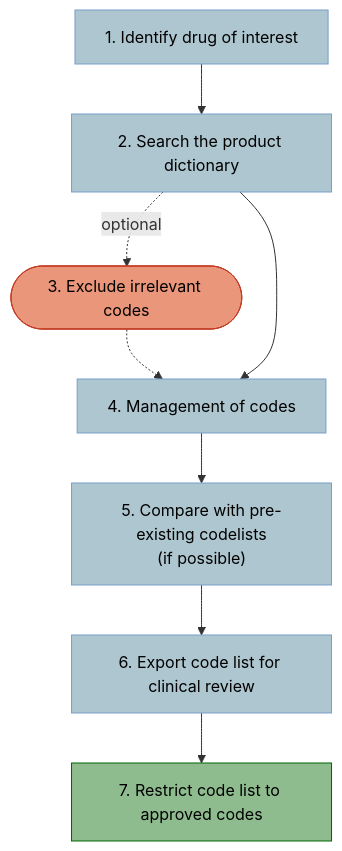
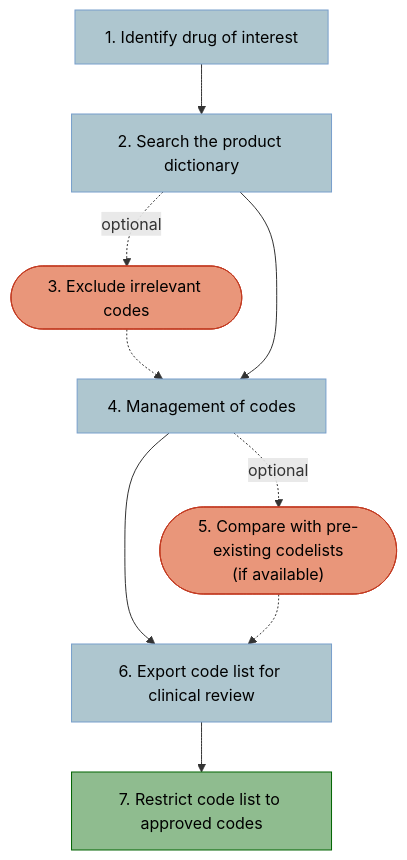
One commit to NHLI-Respiratory-Epi/drug-codelist-creation changed the diagram in README.md. Above: the diagram before and after it, drawn with Mermaid.

Commit message:
Update README.md
Changed flowchart step 5 to optional

````diff
--- a/README.md
+++ b/README.md
@@ -27,21 +27,22 @@
 ```mermaid
 flowchart TD
     A[1. Identify drug of interest] --> B[2. Search the product dictionary]
     B -. optional .-> C([3. Exclude irrelevant codes])
     C -.-> D
     B --> D[4. Management of codes]
-    D --> E["5. Compare with pre-existing codelists
-(if possible)"]
-    E --> F[6. Export code list for clinical review]
+    D -. optional .-> E(["5. Compare with pre-existing codelists
+(if available)"])
+    D --> F
+    E -.-> F[6. Export code list for clinical review]
     F --> G[7. Restrict code list to approved codes]
     A:::step
     B:::step
     C:::optional
     D:::step
-    E:::step
+    E:::optional
     F:::step
     G:::final
     classDef step color:black, fill:#aec6cf, stroke:#779ecb
     classDef optional color:black, fill:#e9967a, stroke:#c23b22
     classDef final color:black, fill:#8fbc8f, stroke:#006400
 ```
````
